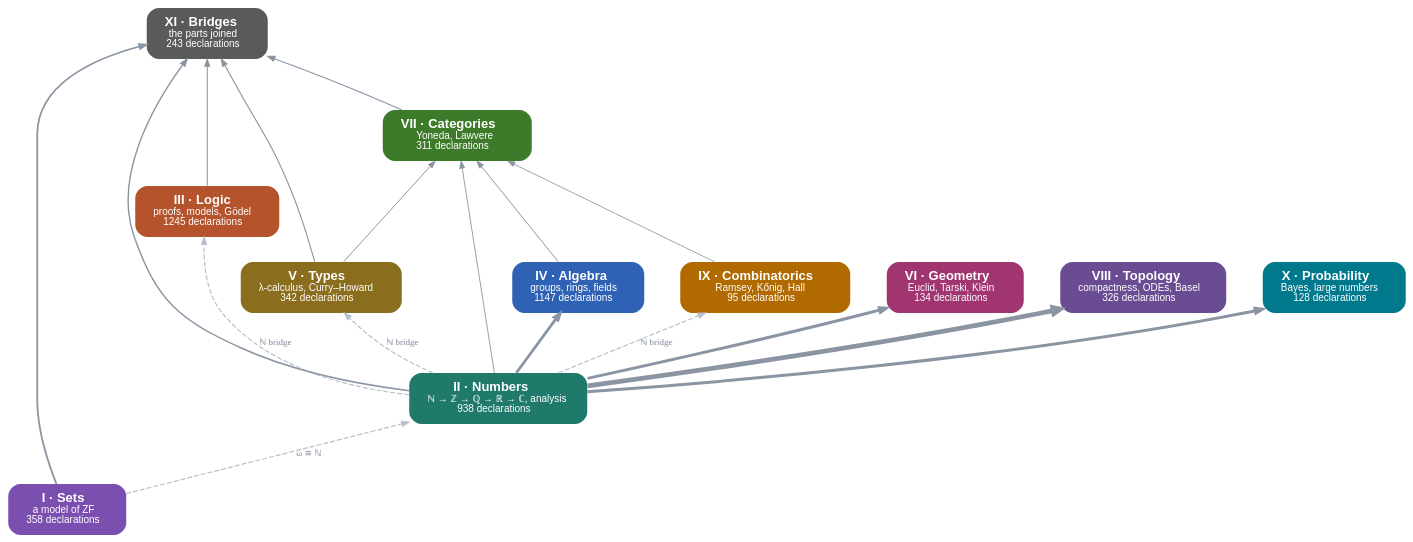
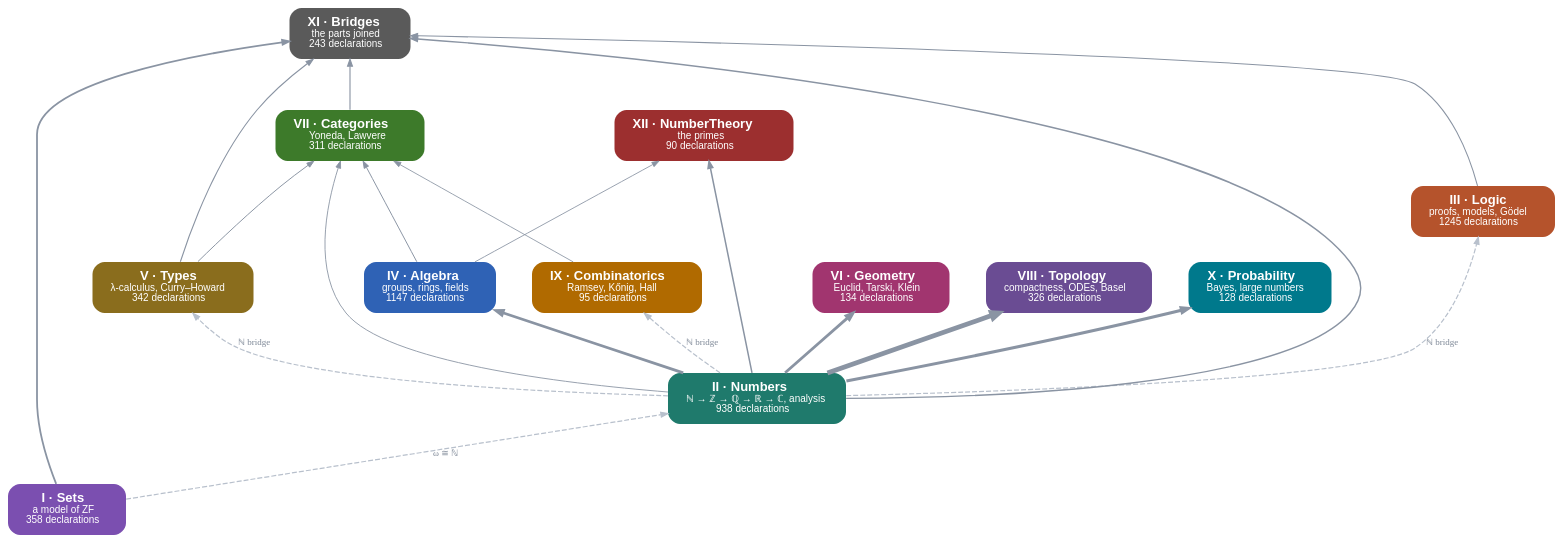
Before and after one commit to damianspendel/foundations: the diagram in site/dist/parts.dot, drawn with Graphviz. The commit also changed 16 other files, not shown here.

First line of the commit message:
Part XII Number theory: primes mod 4, Bertrand's postulate, Chebyshev bounds

```diff
--- a/site/dist/parts.dot
+++ b/site/dist/parts.dot
@@ -1,33 +1,36 @@
 digraph parts {
 rankdir=BT; bgcolor="transparent"; nodesep=0.5; ranksep=0.7;
 node [shape=box, style="rounded,filled", fontname="Helvetica", fontsize=13, penwidth=0, margin="0.25,0.12"];
 edge [color="#8a94a3", arrowsize=0.7];
 "Sets" [label=<<b>I · Sets</b><br/><font point-size="10">a model of ZF<br/>358 declarations</font>>, fillcolor="#7b4fb0", fontcolor="white"];
 "Numbers" [label=<<b>II · Numbers</b><br/><font point-size="10">ℕ → ℤ → ℚ → ℝ → ℂ, analysis<br/>938 declarations</font>>, fillcolor="#1f7a6c", fontcolor="white"];
 "Logic" [label=<<b>III · Logic</b><br/><font point-size="10">proofs, models, Gödel<br/>1245 declarations</font>>, fillcolor="#b5532c", fontcolor="white"];
 "Algebra" [label=<<b>IV · Algebra</b><br/><font point-size="10">groups, rings, fields<br/>1147 declarations</font>>, fillcolor="#2f62b5", fontcolor="white"];
 "Types" [label=<<b>V · Types</b><br/><font point-size="10">λ-calculus, Curry–Howard<br/>342 declarations</font>>, fillcolor="#8a6d1d", fontcolor="white"];
 "Geometry" [label=<<b>VI · Geometry</b><br/><font point-size="10">Euclid, Tarski, Klein<br/>134 declarations</font>>, fillcolor="#a1356f", fontcolor="white"];
 "Categories" [label=<<b>VII · Categories</b><br/><font point-size="10">Yoneda, Lawvere<br/>311 declarations</font>>, fillcolor="#3d7a2a", fontcolor="white"];
 "Topology" [label=<<b>VIII · Topology</b><br/><font point-size="10">compactness, ODEs, Basel<br/>326 declarations</font>>, fillcolor="#6a4c93", fontcolor="white"];
 "Combinatorics" [label=<<b>IX · Combinatorics</b><br/><font point-size="10">Ramsey, Kőnig, Hall<br/>95 declarations</font>>, fillcolor="#b06a00", fontcolor="white"];
 "Probability" [label=<<b>X · Probability</b><br/><font point-size="10">Bayes, large numbers<br/>128 declarations</font>>, fillcolor="#00798c", fontcolor="white"];
 "Bridges" [label=<<b>XI · Bridges</b><br/><font point-size="10">the parts joined<br/>243 declarations</font>>, fillcolor="#5a5a5a", fontcolor="white"];
+"NumberTheory" [label=<<b>XII · NumberTheory</b><br/><font point-size="10">the primes<br/>90 declarations</font>>, fillcolor="#9c2f2f", fontcolor="white"];
 "Algebra" -> "Categories" [penwidth=0.98, tooltip="23 uses of Algebra in Categories"];
+"Algebra" -> "NumberTheory" [penwidth=0.86, tooltip="3 uses of Algebra in NumberTheory"];
 "Categories" -> "Bridges" [penwidth=1.13, tooltip="82 uses of Categories in Bridges"];
 "Combinatorics" -> "Categories" [penwidth=0.84, tooltip="1 uses of Combinatorics in Categories"];
 "Logic" -> "Bridges" [penwidth=1.04, tooltip="42 uses of Logic in Bridges"];
 "Numbers" -> "Algebra" [penwidth=2.84, tooltip="3114 uses of Numbers in Algebra"];
 "Numbers" -> "Bridges" [penwidth=1.40, tooltip="267 uses of Numbers in Bridges"];
 "Numbers" -> "Categories" [penwidth=0.88, tooltip="5 uses of Numbers in Categories"];
 "Numbers" -> "Geometry" [penwidth=2.87, tooltip="3189 uses of Numbers in Geometry"];
+"Numbers" -> "NumberTheory" [penwidth=1.49, tooltip="358 uses of Numbers in NumberTheory"];
 "Numbers" -> "Probability" [penwidth=3.01, tooltip="3662 uses of Numbers in Probability"];
 "Numbers" -> "Topology" [penwidth=4.80, tooltip="11945 uses of Numbers in Topology"];
 "Sets" -> "Bridges" [penwidth=1.79, tooltip="738 uses of Sets in Bridges"];
 "Types" -> "Bridges" [penwidth=1.11, tooltip="73 uses of Types in Bridges"];
 "Types" -> "Categories" [penwidth=0.97, tooltip="21 uses of Types in Categories"];
 "Sets" -> "Numbers" [style=dashed, color="#b8c0cc", penwidth=1.2, label=<<font point-size="9" color="#7d8796">ω ≅ ℕ</font>>];
 "Numbers" -> "Logic" [style=dashed, color="#b8c0cc", penwidth=1.2, label=<<font point-size="9" color="#7d8796">ℕ bridge</font>>];
 "Numbers" -> "Types" [style=dashed, color="#b8c0cc", penwidth=1.2, label=<<font point-size="9" color="#7d8796">ℕ bridge</font>>];
 "Numbers" -> "Combinatorics" [style=dashed, color="#b8c0cc", penwidth=1.2, label=<<font point-size="9" color="#7d8796">ℕ bridge</font>>];
 }
```
